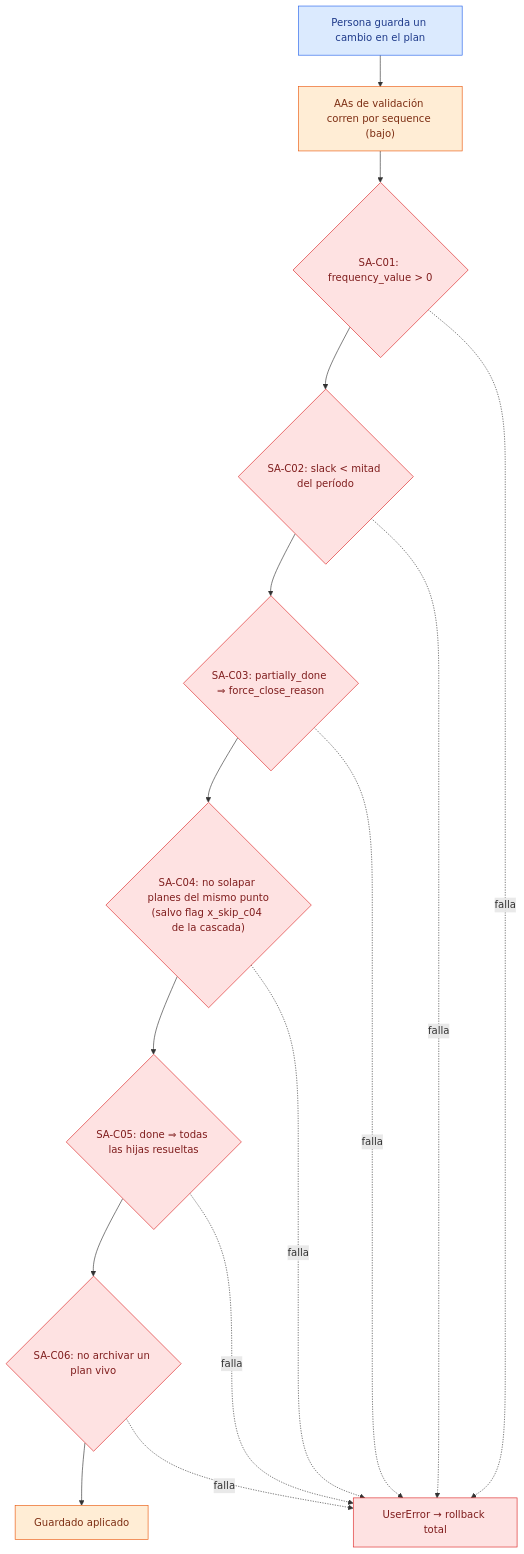
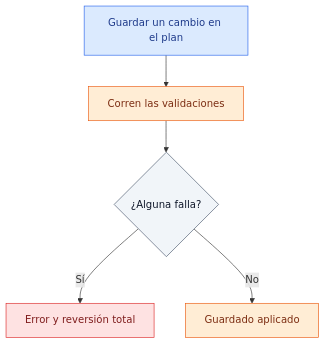
Before and after one commit to dcuerowe/odoo_con_mantenciones: diagram 16 of 18 in maintenance_plan/PROCESOS_Y_FLUJOS.md, drawn with Mermaid. The commit also changed other lines of this file and 1 other file, not shown here.

Commit message:
Cambios dentro de maintenance_plan

````diff
--- a/maintenance_plan/PROCESOS_Y_FLUJOS.md
+++ b/maintenance_plan/PROCESOS_Y_FLUJOS.md
@@ -385,23 +501,15 @@
 ```mermaid
 flowchart TD
-    A["Persona guarda un cambio en el plan"]:::manual
-    B["AAs de validación corren por sequence (bajo)"]:::auto
-    C{"SA-C01: frequency_value > 0"}:::val
-    D{"SA-C02: slack < mitad del período"}:::val
-    E{"SA-C03: partially_done ⇒ force_close_reason"}:::val
-    F{"SA-C04: no solapar planes del mismo punto<br/>(salvo flag x_skip_c04 de la cascada)"}:::val
-    G{"SA-C05: done ⇒ todas las hijas resueltas"}:::val
-    H{"SA-C06: no archivar un plan vivo"}:::val
+    A["Guardar un cambio en el plan"]:::manual
+    B["Corren las validaciones"]:::auto
+    C{"¿Alguna falla?"}:::dec
+    NO["Error y reversión total"]:::val
     OK["Guardado aplicado"]:::auto
-    NO["UserError → rollback total"]:::val
-    A --> B --> C --> D --> E --> F --> G --> H --> OK
-    C -.falla.-> NO
-    D -.falla.-> NO
-    E -.falla.-> NO
-    F -.falla.-> NO
-    G -.falla.-> NO
-    H -.falla.-> NO
+    A --> B --> C
+    C -->|Sí| NO
+    C -->|No| OK
     classDef manual fill:#dbeafe,stroke:#2563eb,color:#1e3a8a;
     classDef auto fill:#ffedd5,stroke:#ea580c,color:#7c2d12;
     classDef val fill:#fee2e2,stroke:#dc2626,color:#7f1d1d;
+    classDef dec fill:#f1f5f9,stroke:#475569,color:#0f172a;
 ```
````
